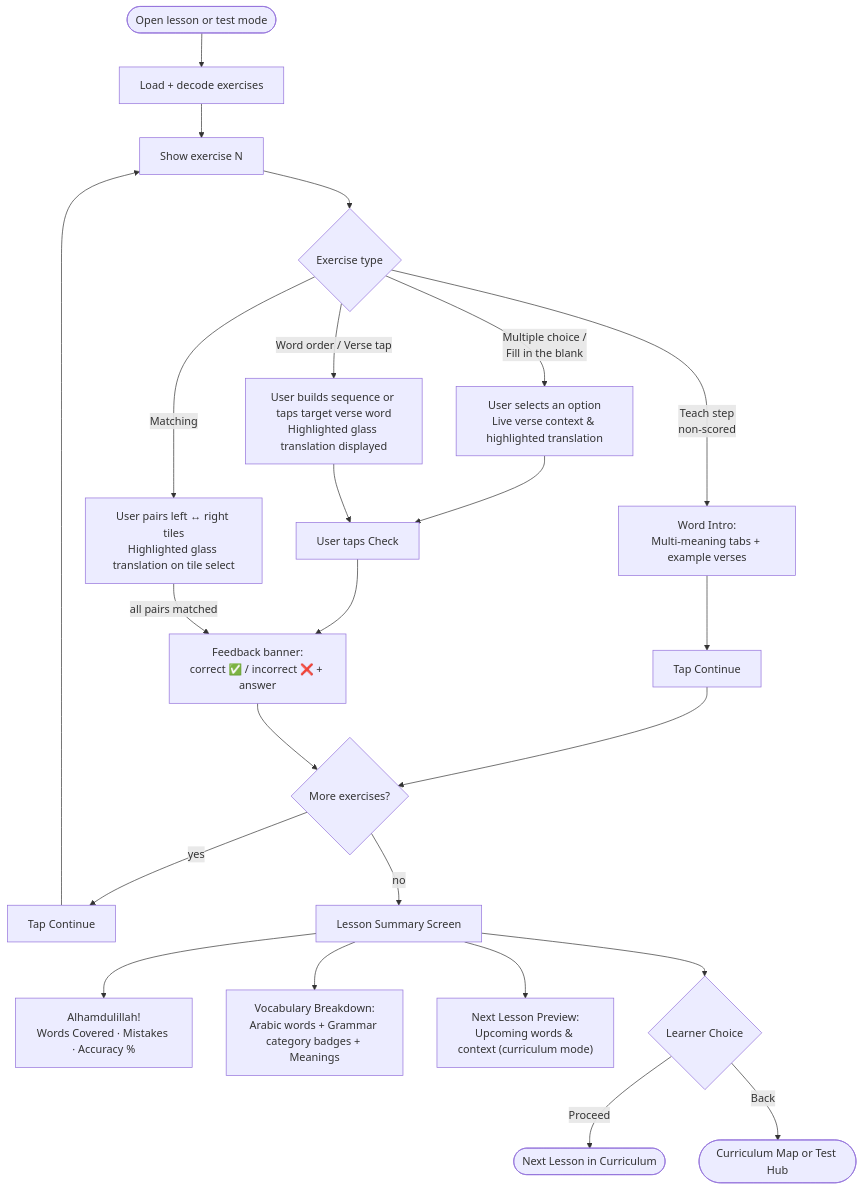
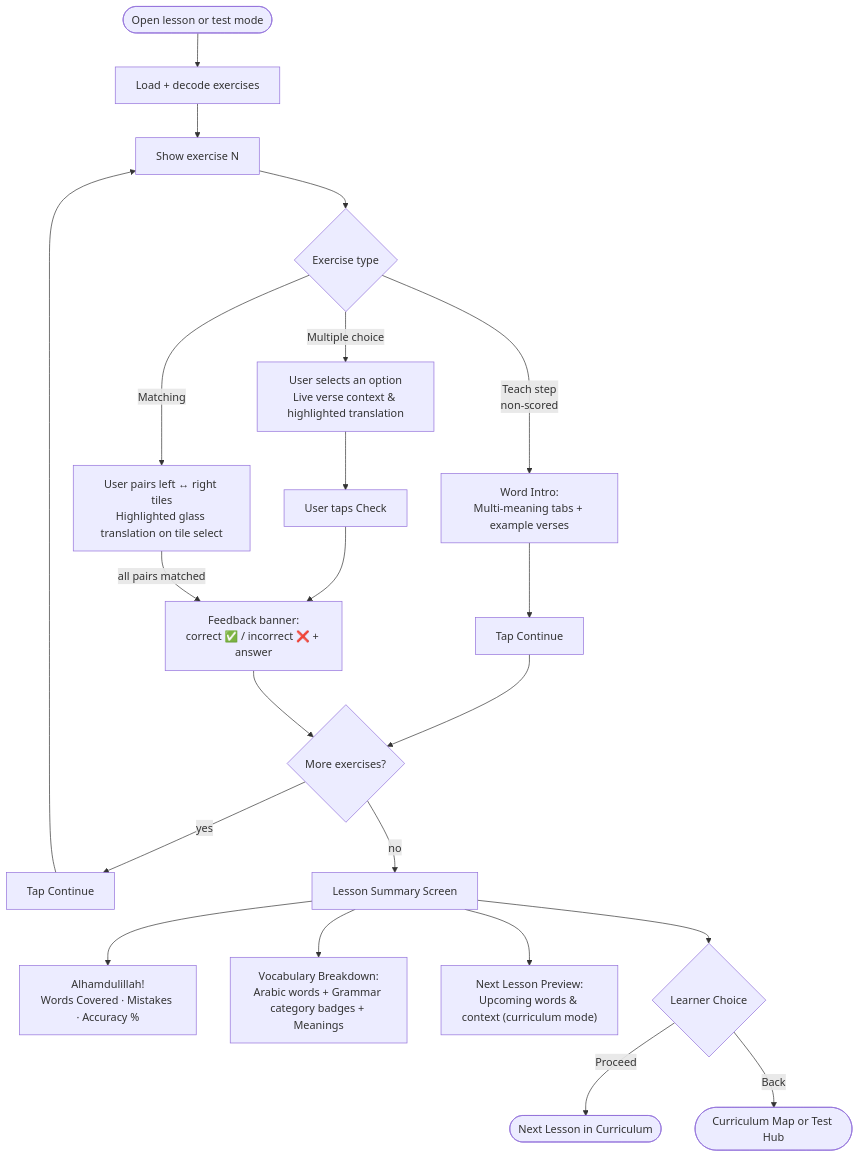
One commit to deanybytes/QuranicWords changed the third of 3 diagrams in docs/USER_FLOWS.md. Above: the diagram before and after it, drawn with Mermaid. The commit also changed 5386 other files, not shown here.

````diff
--- a/docs/USER_FLOWS.md
+++ b/docs/USER_FLOWS.md
@@ -60,24 +60,22 @@
 ```mermaid
 flowchart TD
     Start([Open lesson or test mode]) --> Load[Load + decode exercises]
     Load --> Show[Show exercise N]
     Show --> Type{Exercise type}
     Type -->|Teach step<br/>non-scored| Teach["Word Intro:<br/>Multi-meaning tabs + example verses"]
     Teach --> ContinueTeach["Tap Continue"] --> More
-    Type -->|Multiple choice /<br/>Fill in the blank| Select[User selects an option<br/>Live verse context & highlighted translation]
+    Type -->|Multiple choice| Select[User selects an option<br/>Live verse context & highlighted translation]
     Select --> Check[User taps Check]
     Check --> Feedback1[Feedback banner:<br/>correct ✅ / incorrect ❌ + answer]
     Type -->|Matching| Match[User pairs left ↔ right tiles<br/>Highlighted glass translation on tile select]
     Match -->|all pairs matched| Feedback1
-    Type -->|Word order / Verse tap| Build[User builds sequence or taps target verse word<br/>Highlighted glass translation displayed]
-    Build --> Check
     Feedback1 --> More{More exercises?}
     More -->|yes| Continue[Tap Continue] --> Show
     More -->|no| Summary[Lesson Summary Screen]
     Summary --> Stats["Alhamdulillah!<br/>Words Covered · Mistakes · Accuracy %"]
     Summary --> WordList["Vocabulary Breakdown:<br/>Arabic words + Grammar category badges + Meanings"]
     Summary --> Preview["Next Lesson Preview:<br/>Upcoming words & context (curriculum mode)"]
     Summary --> NextAction{Learner Choice}
     NextAction -->|Proceed| NextLesson([Next Lesson in Curriculum])
     NextAction -->|Back| HomeMap([Curriculum Map or Test Hub])
 ```
````
